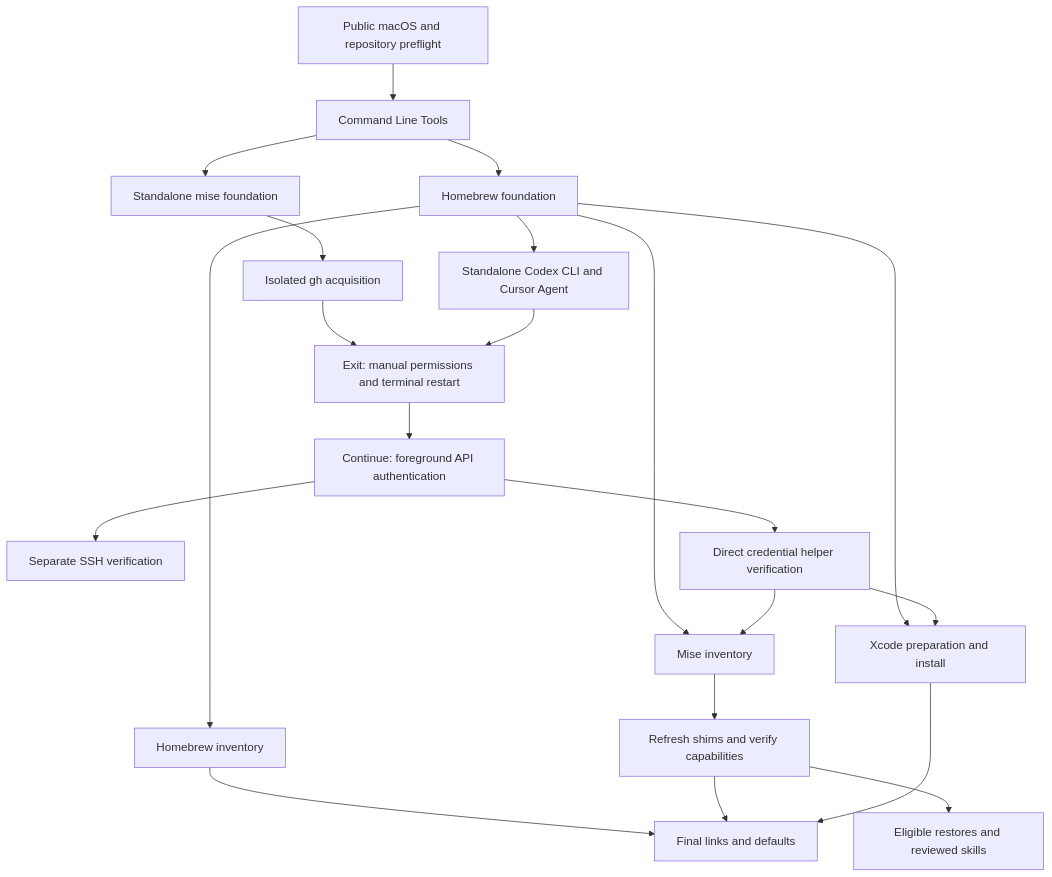
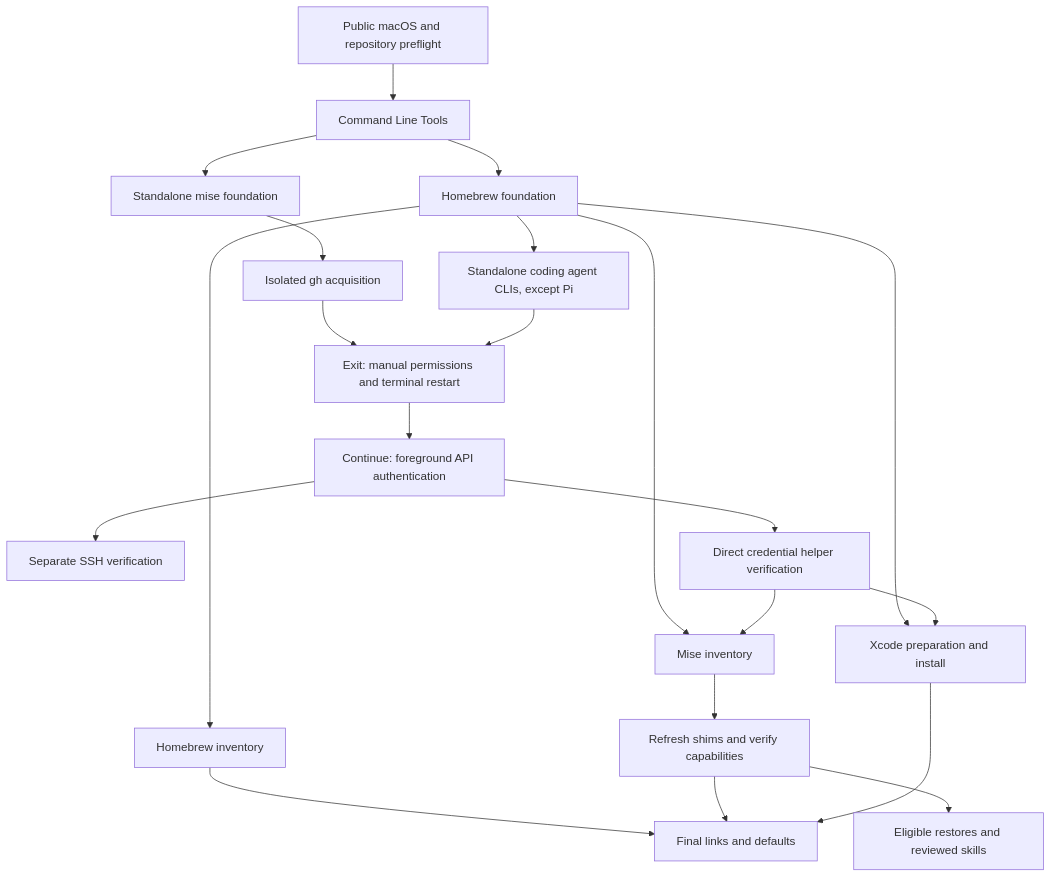
One commit to gabimoncha/dotfiles changed the diagram in README.md. Above: the diagram before and after it, drawn with Mermaid. The commit also changed other lines of this file and 23 other files, not shown here.

````diff
--- a/README.md
+++ b/README.md
@@ -116,23 +119,23 @@
 ```mermaid
 flowchart TD
   P[Public macOS and repository preflight] --> C[Command Line Tools]
   C --> B[Homebrew foundation]
   C --> M[Standalone mise foundation]
   M --> G[Isolated gh acquisition]
-  B --> ST[Standalone Codex CLI and Cursor Agent]
+  B --> ST[Standalone coding agent CLIs, except Pi]
   G --> Q[Exit: manual permissions and terminal restart]
   ST --> Q
   Q --> A[Continue: foreground API authentication]
   A --> S[Separate SSH verification]
   A --> V[Direct credential helper verification]
   B --> H[Homebrew inventory]
   B --> T[Mise inventory]
   V --> T
   B --> X[Xcode preparation and install]
   V --> X
   T --> R[Refresh shims and verify capabilities]
   H --> F[Final links and defaults]
   R --> F
   X --> F
   R --> E[Eligible restores and reviewed skills]
 ```
````
